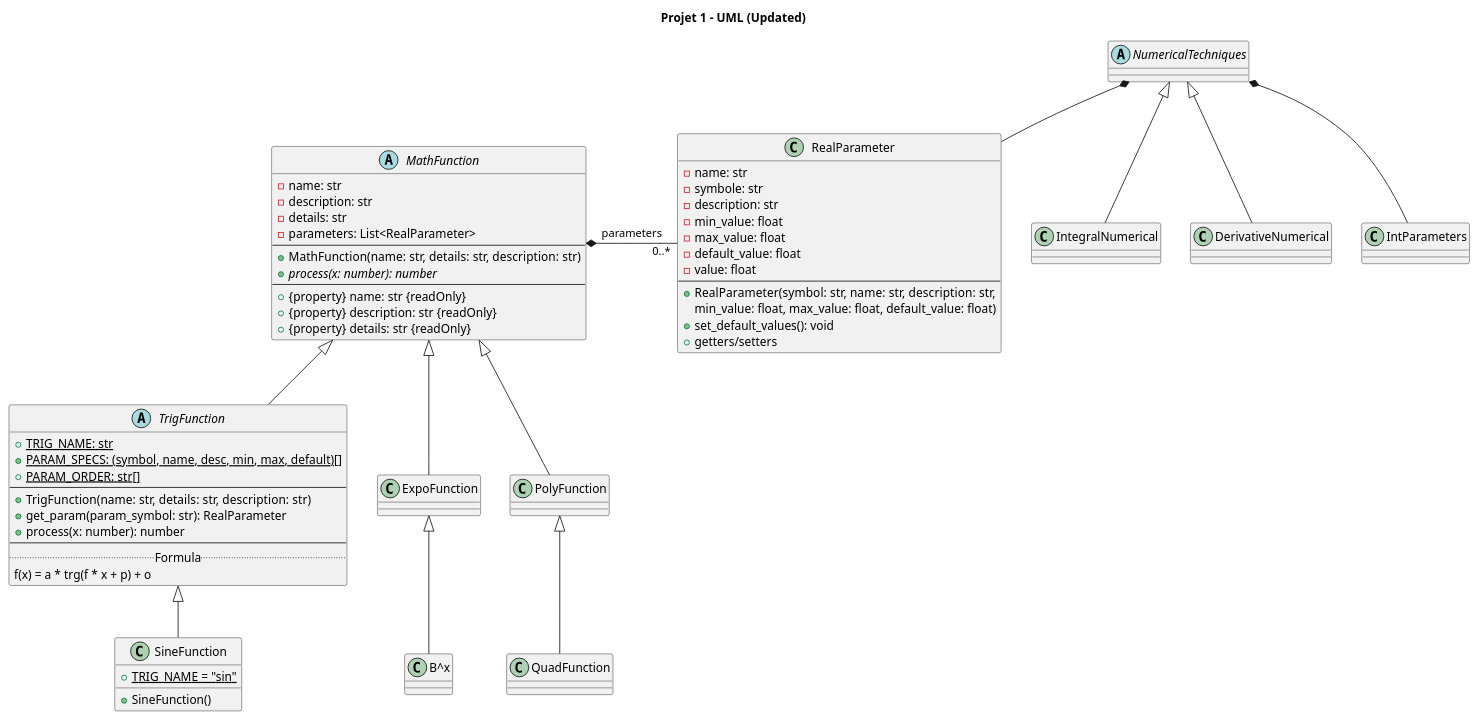
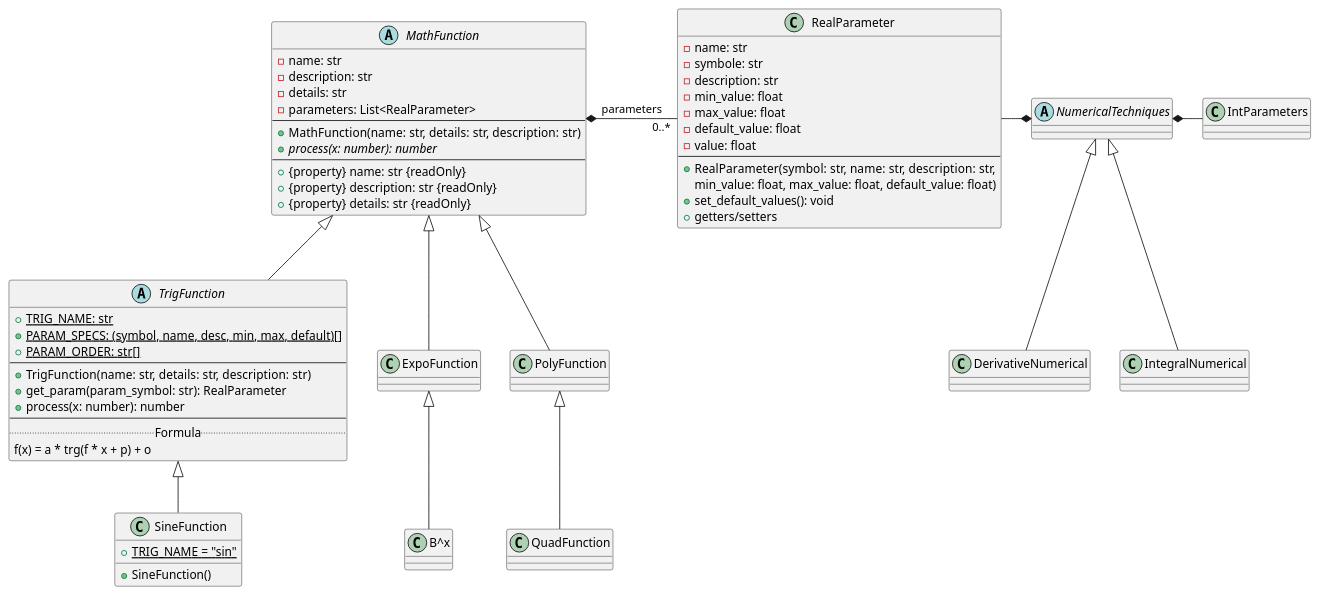
The diagram in des/work/UML.puml (WassFlm/projet_kehlouch), drawn with PlantUML before and after one commit. The commit also changed 2 other files, not shown here.

Commit message:
<span style=" font-weight:700;">Fait le sqeulette des fonctions mathématiques</span> <span style=" color:#90caf9;">(MathFunction, Expo et b^x, Trig et sin (modifié un peu celui de wassim), poly et quad -&gt; </span><span style=" color:#fbbc9f;">Poly fonctionne pour n'importe quel degré</span><span style=" color:#90caf9;"> et </span><span style=" color:#dcc9f6;">expo fonctionne avec exposants et logs</span><span style=" color:#90caf9;">), </span><span style=" font-weight:700;">Fait la base base base de IntParameters </span>

```diff
--- a/des/work/UML.puml
+++ b/des/work/UML.puml
@@ -1,96 +1,95 @@
-@startuml
-title Projet 1 - UML (Updated)
+@startuml Projet 1 - UML (Updated)
 
 skinparam class AttributeIconSize 0
 
 ' ========= CORE =========
 abstract class MathFunction {
   - name: str
   - description: str
   - details: str
   - parameters: List<RealParameter>
   --
   + MathFunction(name: str, details: str, description: str)
   {abstract} + process(x: number): number
   --
   + {property} name: str {readOnly}
   + {property} description: str {readOnly}
   + {property} details: str {readOnly}
 }
 
 ' ========= TRIG FAMILY =========
 abstract class TrigFunction {
   {static} + TRIG_NAME: str
   {static} + PARAM_SPECS: (symbol, name, desc, min, max, default)[]
   {static} + PARAM_ORDER: str[]
   --
   + TrigFunction(name: str, details: str, description: str)
   + get_param(param_symbol: str): RealParameter
   + process(x: number): number
   --
   .. Formula ..
   f(x) = a * trg(f * x + p) + o
 }
 
 MathFunction <|-- TrigFunction
 
 class SineFunction {
   {static} + TRIG_NAME = "sin"
   + SineFunction()
 }
 TrigFunction <|-- SineFunction
 
 ' ========= PARAMETERS =========
 class RealParameter {
   - name: str
   - symbole: str
   - description: str
   - min_value: float
   - max_value: float
   - default_value: float
   - value: float
   --
   + RealParameter(symbol: str, name: str, description: str,
                   min_value: float, max_value: float, default_value: float)
   + set_default_values(): void
   + getters/setters
 }
 
 MathFunction *-right- "0..*" RealParameter : parameters
 
 ' ========= NUMERICAL =========
 abstract class NumericalTechniques {
 }
 
 class IntegralNumerical {
 }
 NumericalTechniques <|-- IntegralNumerical
 
 class DerivativeNumerical {
 }
 NumericalTechniques <|-- DerivativeNumerical
 
-NumericalTechniques *-- RealParameter
-NumericalTechniques *-- IntParameters
+NumericalTechniques *-left- RealParameter
+NumericalTechniques *-right- IntParameters
 
 class IntParameters {
 }
 
 ' ========= OTHER FAMILIES =========
 class ExpoFunction {
 }
 MathFunction <|-- ExpoFunction
 
 class "B^x" {
 }
 ExpoFunction <|-- "B^x"
 
 class PolyFunction {
 }
 MathFunction <|-- PolyFunction
 
 class "QuadFunction" {
 }
 PolyFunction <|-- "QuadFunction"
 
 @enduml
```
